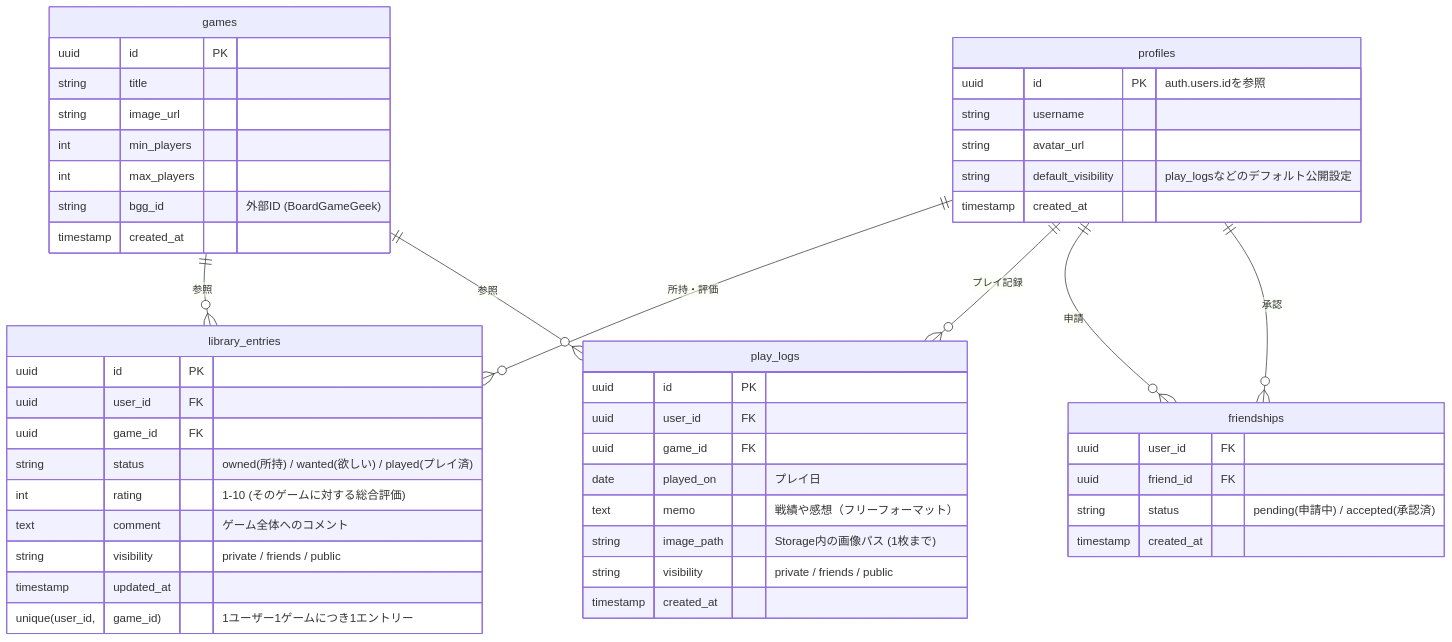
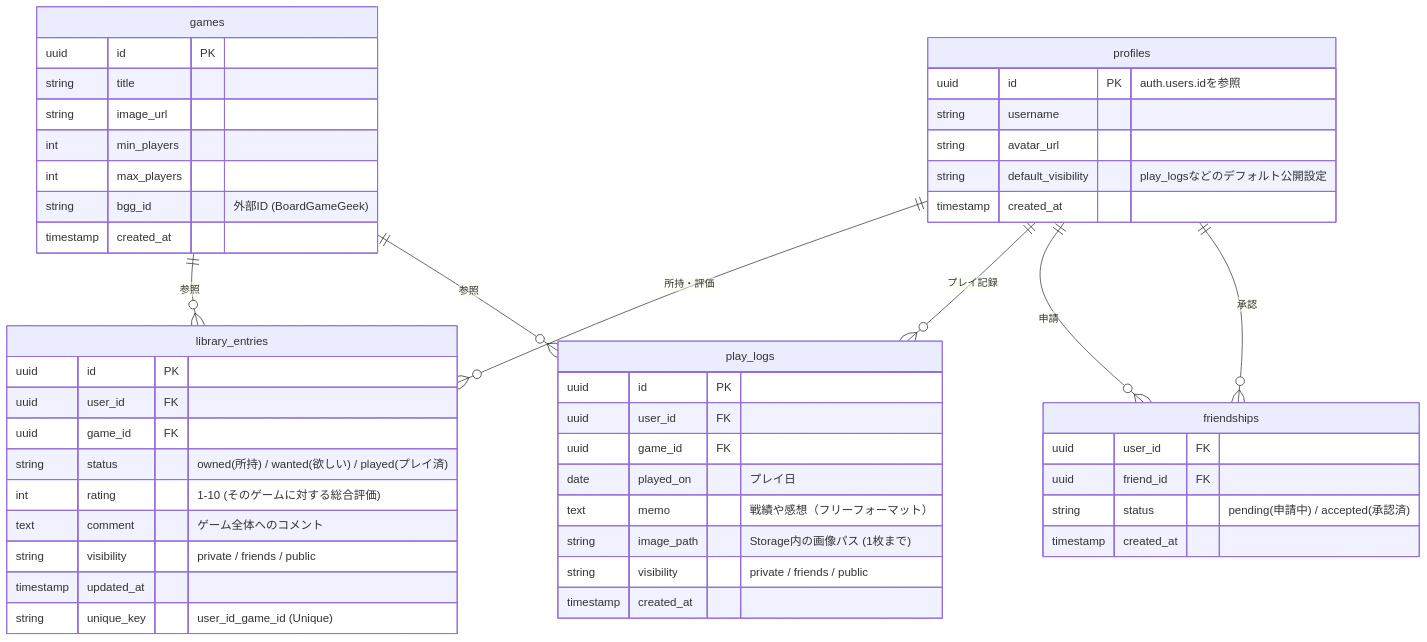
One commit to t-kajimoto/bg-manager changed the diagram in MIGRATION_PLAN.md. Above: the diagram before and after it, drawn with Mermaid. The commit also changed 1 other file, not shown here.

Commit message:
docs: fix Mermaid syntax errors in design documents
This commit fixes Mermaid syntax errors in `ARCHITECTURE_DESIGN.md` and `MIGRATION_PLAN.md`.
- `ARCHITECTURE_DESIGN.md`: Enclosed Japanese labels in double quotes to resolve parsing errors in the subgraph definitions.
- `MIGRATION_PLAN.md`: Simplified the `unique` attribute definition in the ER diagram to avoid parsing errors with comma-separated values.

This ensures the diagrams render correctly on GitHub and other Markdown viewers.

````diff
--- a/MIGRATION_PLAN.md
+++ b/MIGRATION_PLAN.md
@@ -16,57 +16,57 @@
 ```mermaid
 erDiagram
     profiles ||--o{ library_entries : "所持・評価"
     profiles ||--o{ play_logs : "プレイ記録"
     profiles ||--o{ friendships : "申請"
     profiles ||--o{ friendships : "承認"
     games ||--o{ library_entries : "参照"
     games ||--o{ play_logs : "参照"
 
     profiles {
         uuid id PK "auth.users.idを参照"
         string username
         string avatar_url
         string default_visibility "play_logsなどのデフォルト公開設定"
         timestamp created_at
     }
 
     games {
         uuid id PK
         string title
         string image_url
         int min_players
         int max_players
         string bgg_id "外部ID (BoardGameGeek)"
         timestamp created_at
     }
 
     library_entries {
         uuid id PK
         uuid user_id FK
         uuid game_id FK
         string status "owned(所持) / wanted(欲しい) / played(プレイ済)"
         int rating "1-10 (そのゲームに対する総合評価)"
         text comment "ゲーム全体へのコメント"
         string visibility "private / friends / public"
         timestamp updated_at
-        unique(user_id, game_id) "1ユーザー1ゲームにつき1エントリー"
+        string unique_key "user_id_game_id (Unique)"
     }
 
     play_logs {
         uuid id PK
         uuid user_id FK
         uuid game_id FK
         date played_on "プレイ日"
         text memo "戦績や感想（フリーフォーマット）"
         string image_path "Storage内の画像パス (1枚まで)"
         string visibility "private / friends / public"
         timestamp created_at
     }
 
     friendships {
         uuid user_id FK
         uuid friend_id FK
         string status "pending(申請中) / accepted(承認済)"
         timestamp created_at
     }
 ```
````
